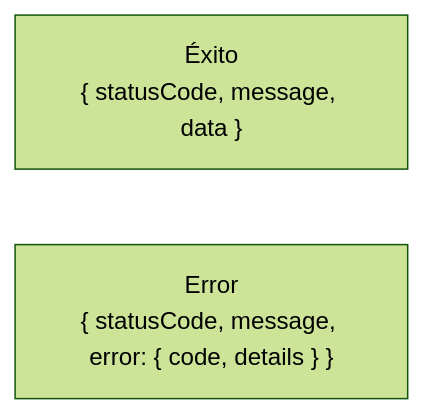
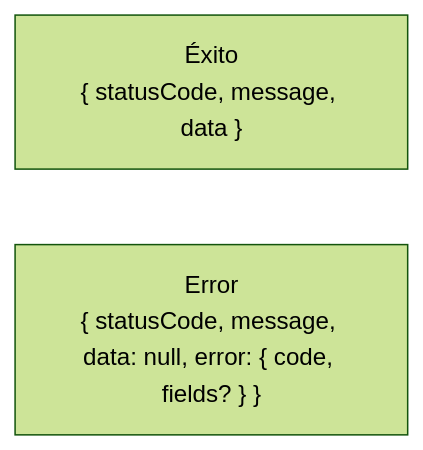
The first of 4 diagrams in skills/product/monkey-compliance-council/references/arquitectura/plataforma/03-flujos.md (Monkey-GRC/Monkey-Brain-IA), drawn with Mermaid (forest theme) before and after one commit. The commit also changed other lines of this file and 168 other files, not shown here.

Commit message:
docs(brain): user stories and use cases with UML for all 13 modules, Jira epics MD-316..MD-324, branded PDF export, stories only from decided items, D113 approved, closed DT-1/9/10/25/32/33/34/35/57, SEG-45/60/71 done and SEG-59 reopened, contracts and module docs aligned with the code (MD-246)

````diff
--- a/skills/product/monkey-compliance-council/references/arquitectura/plataforma/03-flujos.md
+++ b/skills/product/monkey-compliance-council/references/arquitectura/plataforma/03-flujos.md
@@ -10,5 +10,5 @@
 ```mermaid
 flowchart LR
     ok["Éxito<br/>{ statusCode, message, data }"]
-    er["Error<br/>{ statusCode, message, error: { code, details } }"]
+    er["Error<br/>{ statusCode, message, data: null, error: { code, fields? } }"]
 ```
````
